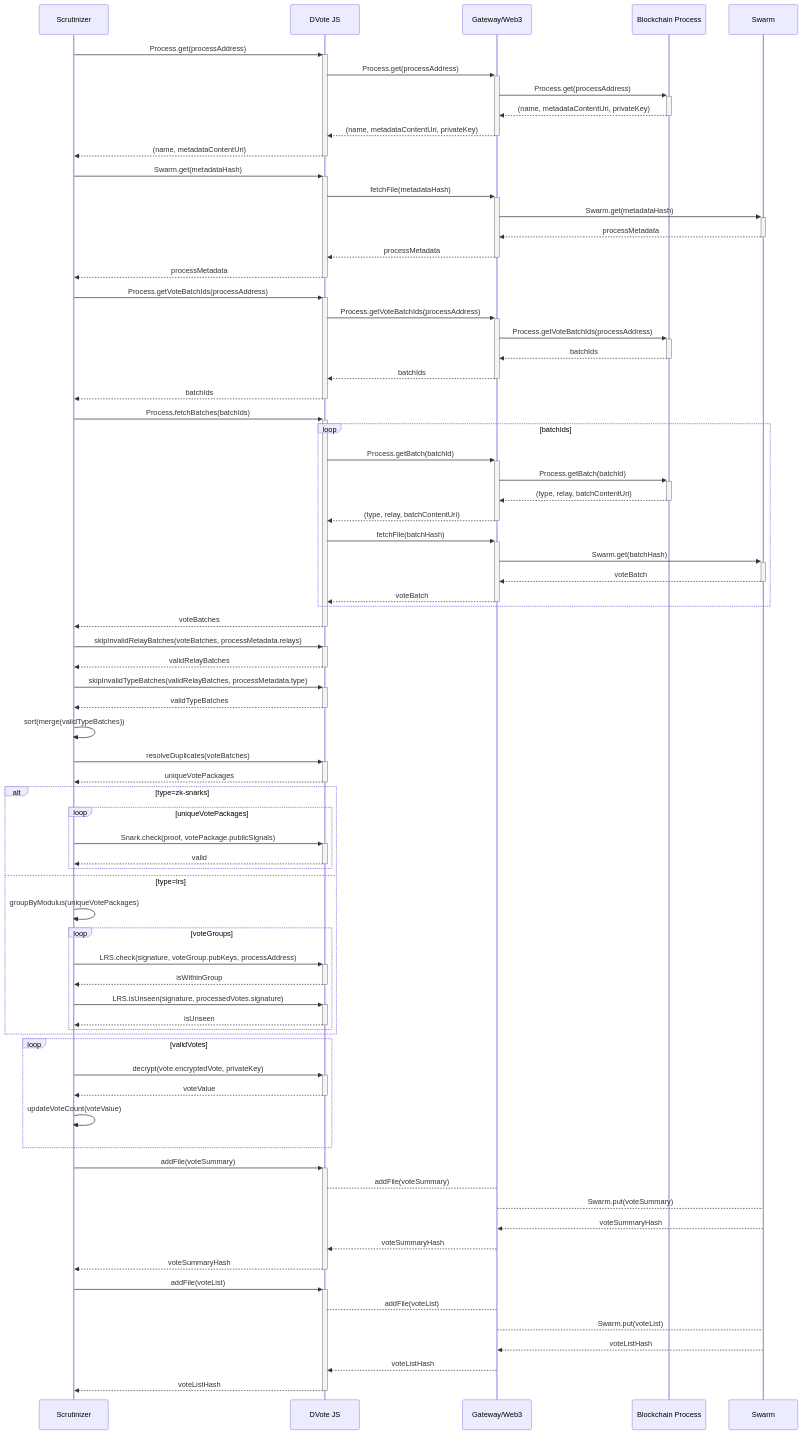
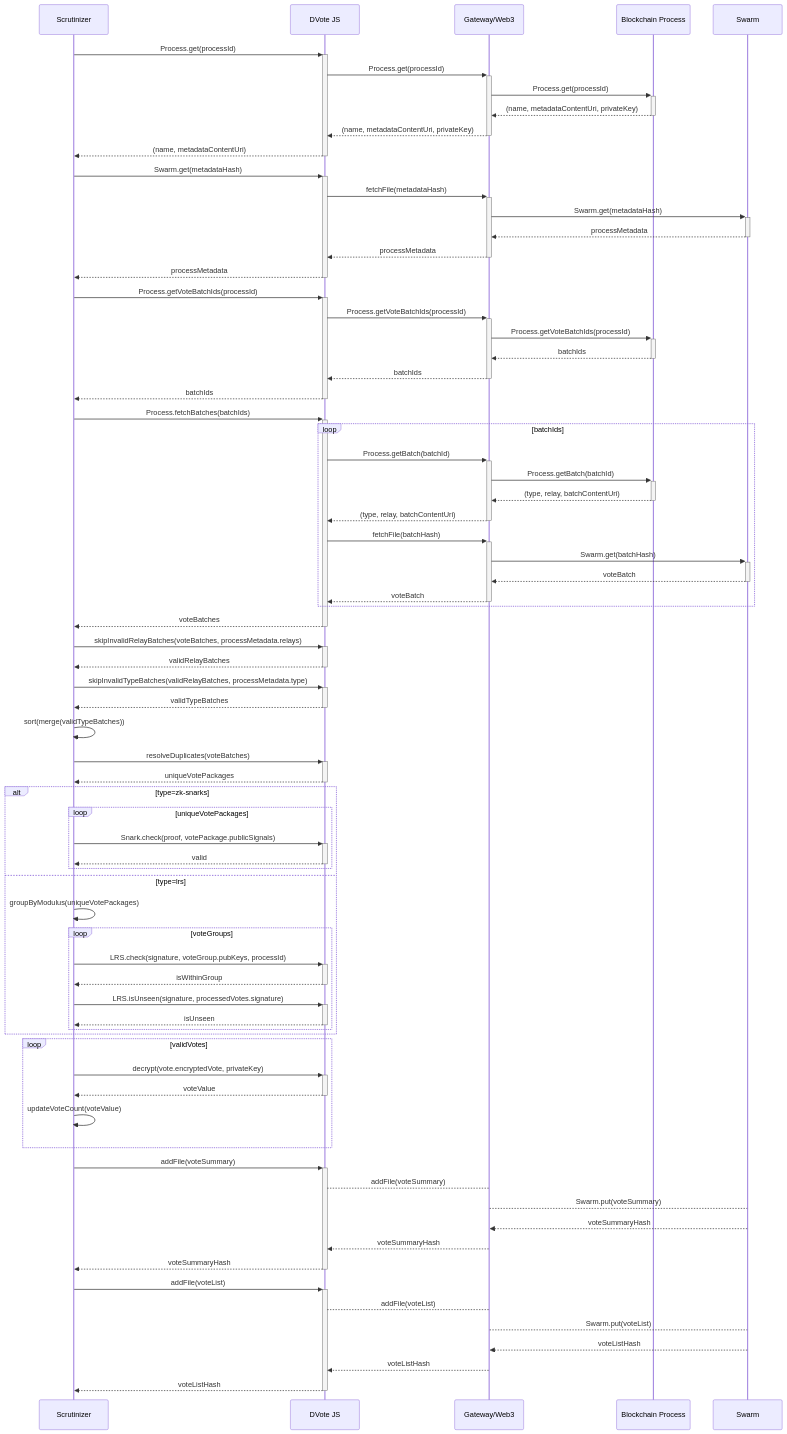
One commit to vocdoni/docs changed diagram 15 of 15 in docs/architecture/sequence-diagrams.md. Above: the diagram before and after it, drawn with Mermaid. The commit also changed other lines of this file and 3 other files, not shown here.

```diff
--- a/docs/architecture/sequence-diagrams.md
+++ b/docs/architecture/sequence-diagrams.md
@@ -689,10 +689,10 @@
     participant BC as Blockchain Process
     participant SW as Swarm
 
-    SC->>+DV: Process.get(processAddress)
+    SC->>+DV: Process.get(processId)
 
-        DV->>+GW: Process.get(processAddress)
-        GW->>+BC: Process.get(processAddress)
+        DV->>+GW: Process.get(processId)
+        GW->>+BC: Process.get(processId)
         BC-->>-GW: (name, metadataContentUri, privateKey)
         GW-->>-DV: (name, metadataContentUri, privateKey)
 
@@ -707,10 +707,10 @@
 
     DV-->>-SC: processMetadata
 
-    SC->>+DV: Process.getVoteBatchIds(processAddress)
+    SC->>+DV: Process.getVoteBatchIds(processId)
 
-        DV->>+GW: Process.getVoteBatchIds(processAddress)
-        GW->>+BC: Process.getVoteBatchIds(processAddress)
+        DV->>+GW: Process.getVoteBatchIds(processId)
+        GW->>+BC: Process.getVoteBatchIds(processId)
         BC-->>-GW: batchIds
         GW-->>-DV: batchIds
 
@@ -755,7 +755,7 @@
         SC->>SC: groupByModulus(uniqueVotePackages)
         loop voteGroups
 
-            SC->>+DV: LRS.check(signature, voteGroup.pubKeys, processAddress)
+            SC->>+DV: LRS.check(signature, voteGroup.pubKeys, processId)
             DV-->>-SC: isWithinGroup
 
             SC->>+DV: LRS.isUnseen(signature, processedVotes.signature)
```
